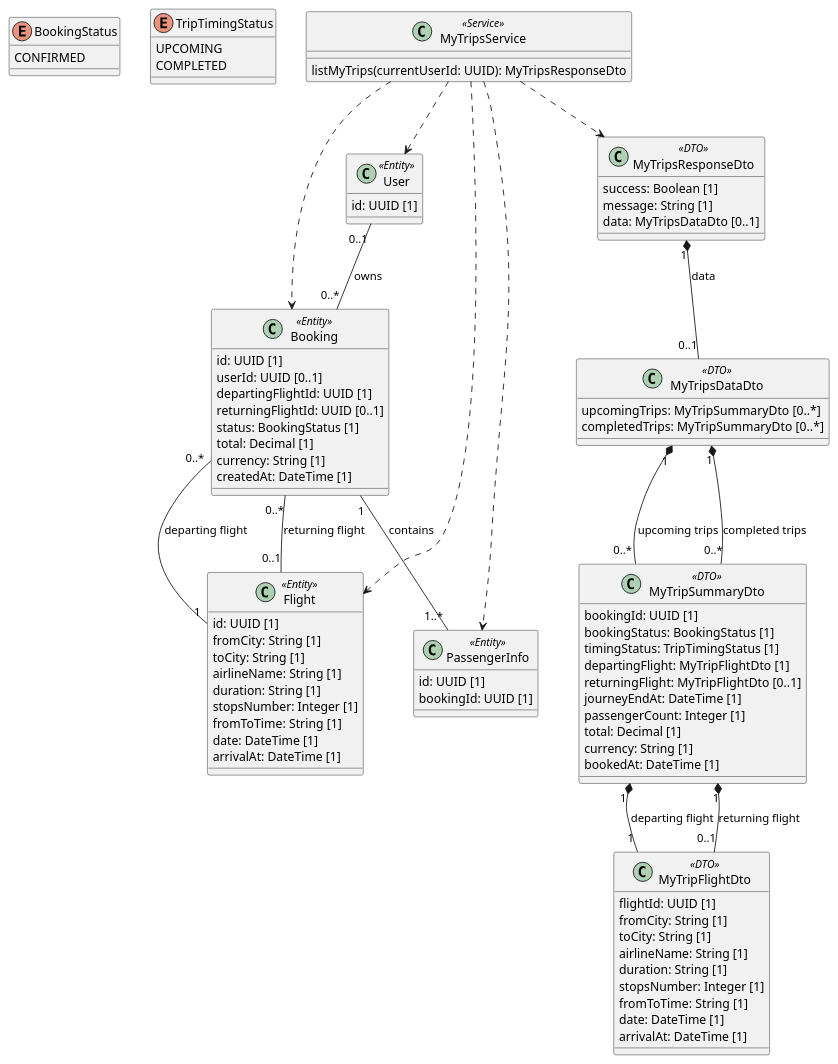
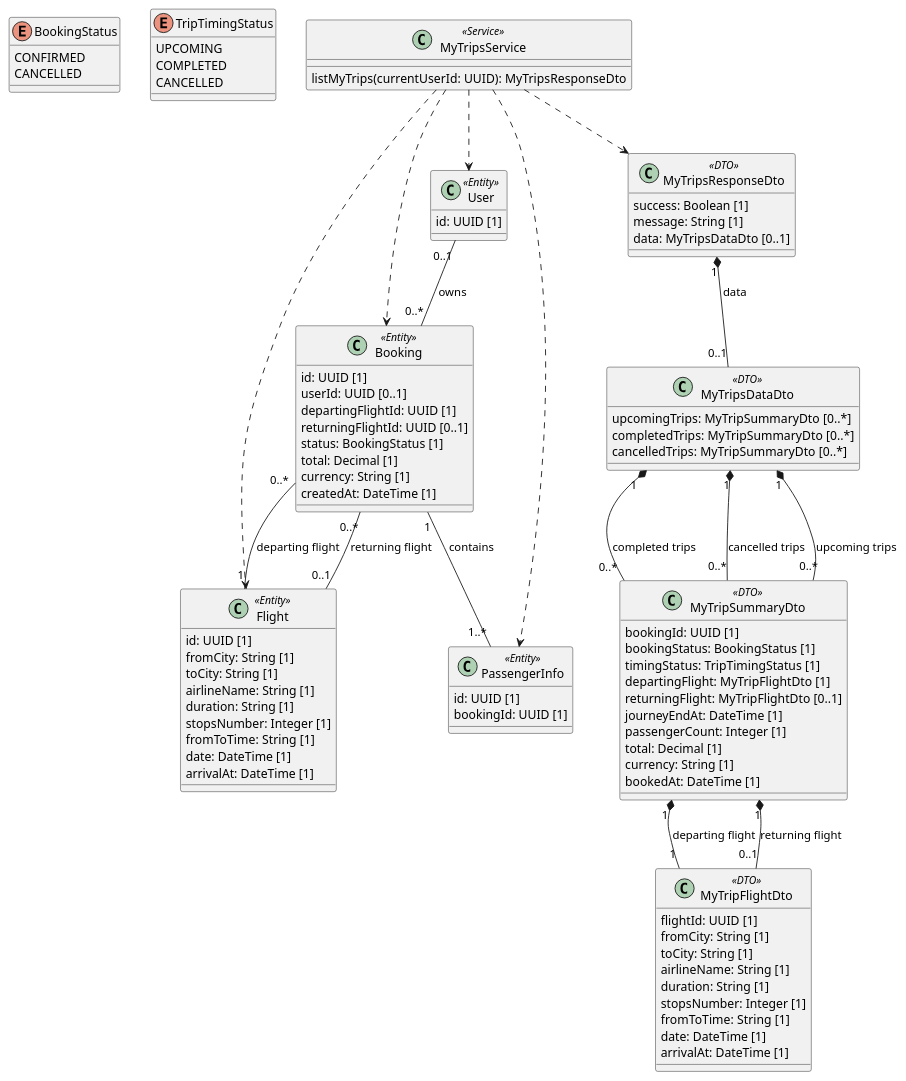
Before and after one commit to khanhNguyenHong2311/VT-TripmaSpecification: the diagram in 01-inception/use-cases/uc-12-view-my-trips.md, drawn with PlantUML. The commit also changed other lines of this file and 8 other files, not shown here.

```diff
--- a/01-inception/use-cases/uc-12-view-my-trips.md
+++ b/01-inception/use-cases/uc-12-view-my-trips.md
@@ -95,11 +95,13 @@
 
 enum BookingStatus {
   CONFIRMED
+  CANCELLED
 }
 
 enum TripTimingStatus {
   UPCOMING
   COMPLETED
+  CANCELLED
 }
 
 class User <<Entity>> {
@@ -162,6 +164,7 @@
 class MyTripsDataDto <<DTO>> {
   upcomingTrips: MyTripSummaryDto [0..*]
   completedTrips: MyTripSummaryDto [0..*]
+  cancelledTrips: MyTripSummaryDto [0..*]
 }
 
 class MyTripsResponseDto <<DTO>> {
@@ -183,6 +186,7 @@
 MyTripSummaryDto "1" *-- "0..1" MyTripFlightDto : returning flight
 MyTripsDataDto "1" *-- "0..*" MyTripSummaryDto : upcoming trips
 MyTripsDataDto "1" *-- "0..*" MyTripSummaryDto : completed trips
+MyTripsDataDto "1" *-- "0..*" MyTripSummaryDto : cancelled trips
 MyTripsResponseDto "1" *-- "0..1" MyTripsDataDto : data
 
 MyTripsService ..> MyTripsResponseDto
```
